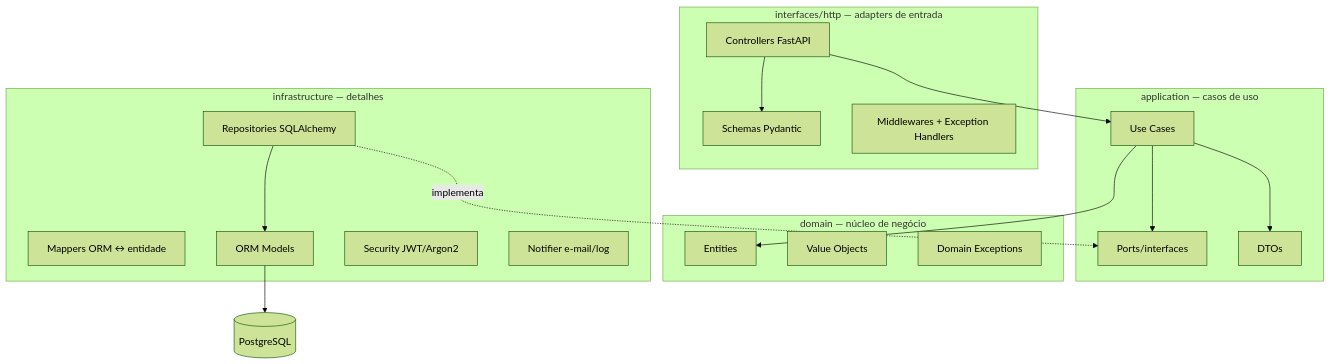
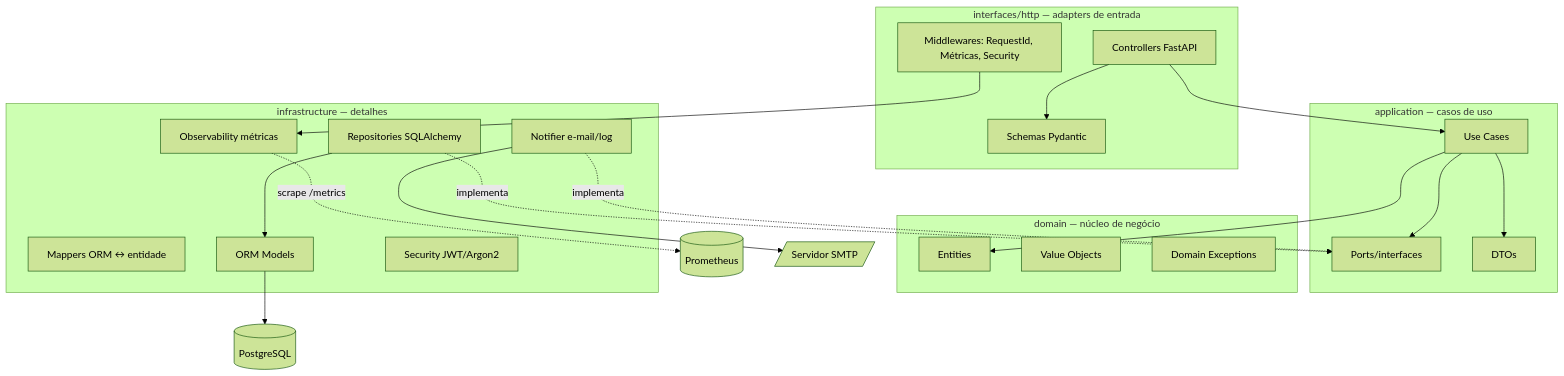
Before and after one commit to Figueiraa/workshop-management-api: the first of 3 diagrams in README.md, drawn with Mermaid (forest theme). The commit also changed other lines of this file and 1 other file, not shown here.

````diff
--- a/README.md
+++ b/README.md
@@ -28,34 +55,41 @@
 ```mermaid
 flowchart TB
     subgraph interfaces["interfaces/http — adapters de entrada"]
         C[Controllers FastAPI]
         SC[Schemas Pydantic]
-        MW[Middlewares + Exception Handlers]
+        MW[Middlewares: RequestId, Métricas, Security]
     end
     subgraph application["application — casos de uso"]
         UC[Use Cases]
         PO[Ports/interfaces]
         DT[DTOs]
     end
     subgraph domain["domain — núcleo de negócio"]
         EN[Entities]
         VO[Value Objects]
         EX[Domain Exceptions]
     end
     subgraph infrastructure["infrastructure — detalhes"]
         RE[Repositories SQLAlchemy]
         MA[Mappers ORM ↔ entidade]
         MO[ORM Models]
         SE[Security JWT/Argon2]
         NO[Notifier e-mail/log]
+        OB[Observability métricas]
     end
     DB[(PostgreSQL)]
+    PR[(Prometheus)]
+    SMTP[/Servidor SMTP/]
 
     C --> UC
     C --> SC
     UC --> PO
     UC --> EN
     RE -. implementa .-> PO
+    NO -. implementa .-> PO
     RE --> MO --> DB
     UC --> DT
+    NO --> SMTP
+    MW --> OB
+    OB -. scrape /metrics .-> PR
 ```
````
